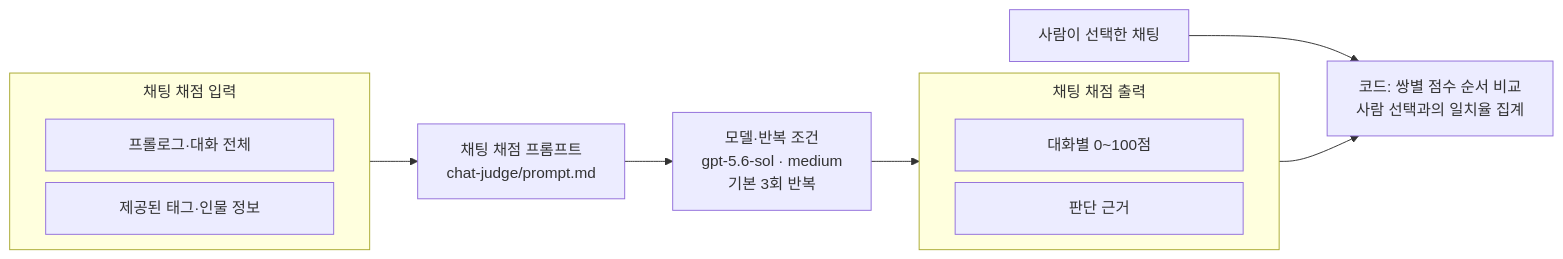
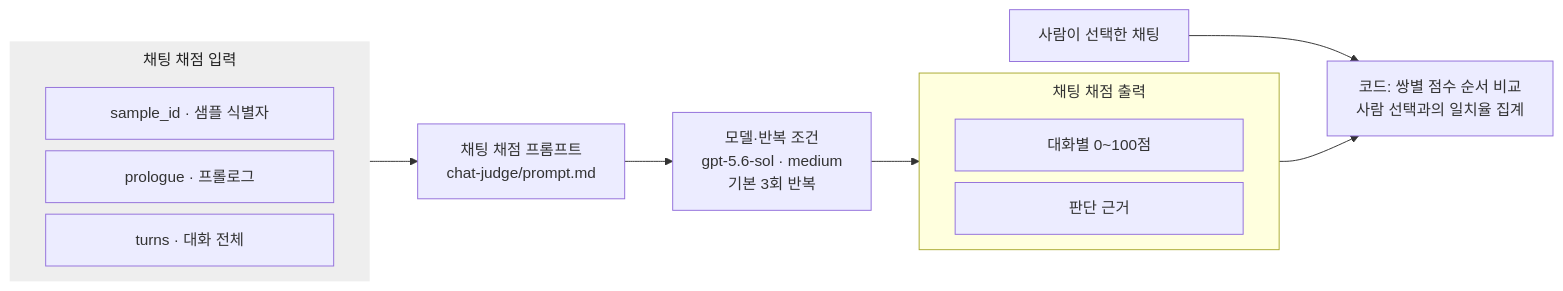
One commit to KIM-N-KANG/knk-harness changed diagram 17 of 25 in docs/spec/5-ai-server-spec.md. Above: the diagram before and after it, drawn with Mermaid. The commit also changed other lines of this file and 1 other file, not shown here.

````diff
--- a/docs/spec/5-ai-server-spec.md
+++ b/docs/spec/5-ai-server-spec.md
@@ -729,21 +729,23 @@
 ```mermaid
 %%{init: {"flowchart": {"nodeSpacing": 12, "subGraphTitleMargin": {"top": 8, "bottom": 24}}}}%%
 flowchart LR
     subgraph I["채팅 채점 입력"]
         direction LR
-        I_item1["<div style='width:240px;text-align:center;'><span>프롤로그·대화 전체</span></div>"]
-        I_item2["<div style='width:240px;text-align:center;'><span>제공된 태그·인물 정보</span></div>"]
+        I_item1["<div style='width:240px;text-align:center;'><span>sample_id · 샘플 식별자</span></div>"]
+        I_item2["<div style='width:240px;text-align:center;'><span>prologue · 프롤로그</span></div>"]
+        I_item3["<div style='width:240px;text-align:center;'><span>turns · 대화 전체</span></div>"]
     end
+    style I fill:#eeeeee,stroke:none,stroke-width:0px,color:#222222
     P["채팅 채점 프롬프트<br/>chat-judge/prompt.md"]
     M["모델·반복 조건<br/>gpt-5.6-sol · medium<br/>기본 3회 반복"]
     subgraph O["채팅 채점 출력"]
         direction LR
         O_item1["<div style='width:240px;text-align:center;'><span>대화별 0~100점</span></div>"]
         O_item2["<div style='width:240px;text-align:center;'><span>판단 근거</span></div>"]
     end
     I --> P
     P --> M
     M --> O
     O --> C["코드: 쌍별 점수 순서 비교<br/>사람 선택과의 일치율 집계"]
     H["사람이 선택한 채팅"] --> C
 ```
````
